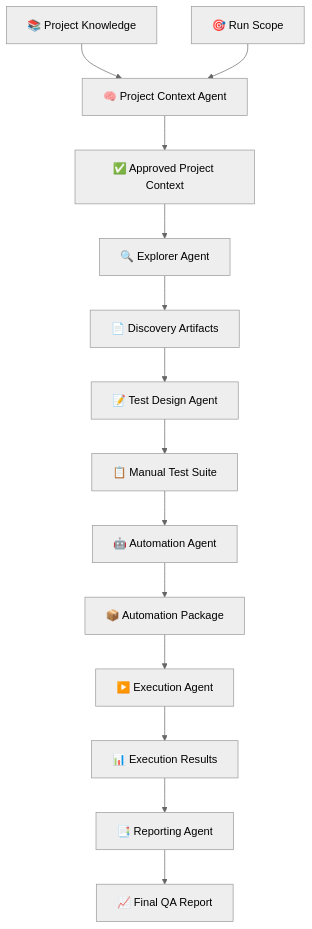
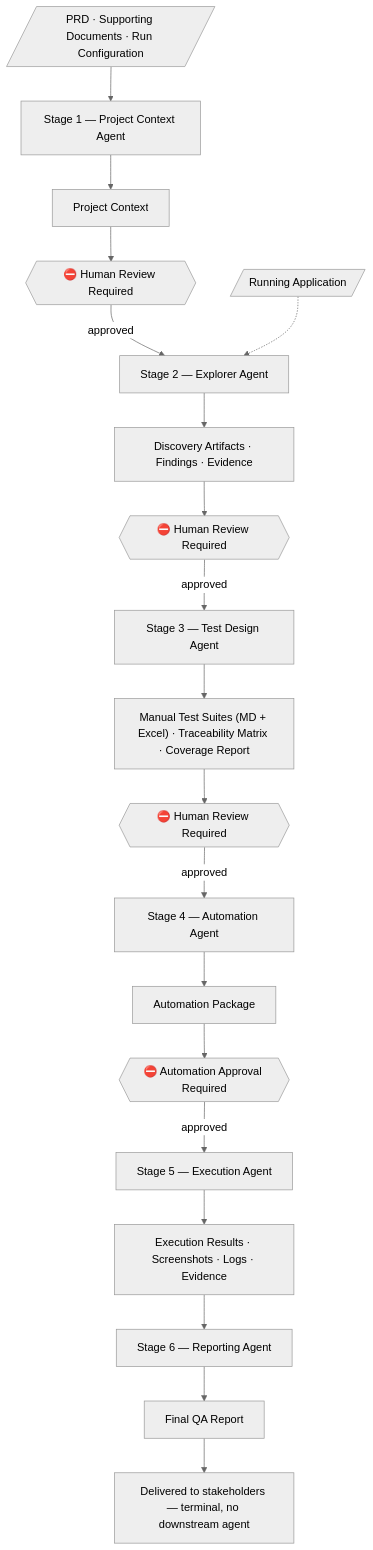
Before and after one commit to HusseinAtaHussein1/AISeatMap: the third of 10 diagrams in README.md, drawn with Mermaid (neutral theme). The commit also changed other lines of this file and 359 other files, not shown here.

Commit message:
refactor: restructure project architecture

````diff
--- a/README.md
+++ b/README.md
@@ -87,33 +250,27 @@
 ```mermaid
 flowchart TD
+    PRD[/"PRD · Supporting Documents · Run Configuration"/] --> S1
 
-    PK["📚 Project Knowledge"]
-    RS["🎯 Run Scope"]
+    S1["Stage 1 — Project Context Agent"] --> CTX["Project Context"]
+    CTX --> G1{{"⛔ Human Review Required"}}
+    G1 -->|approved| S2
 
-    PK --> PCA
-    RS --> PCA
+    APP[/"Running Application"/] -.-> S2
+    S2["Stage 2 — Explorer Agent"] --> DISC["Discovery Artifacts · Findings · Evidence"]
+    DISC --> G2{{"⛔ Human Review Required"}}
+    G2 -->|approved| S3
 
-    PCA["🧠 Project Context Agent"]
+    S3["Stage 3 — Test Design Agent"] --> TD["Manual Test Suites (MD + Excel) · Traceability Matrix · Coverage Report"]
+    TD --> G3{{"⛔ Human Review Required"}}
+    G3 -->|approved| S4
 
-    PCA --> PC["✅ Approved Project Context"]
+    S4["Stage 4 — Automation Agent"] --> AUTO["Automation Package"]
+    AUTO --> G4{{"⛔ Automation Approval Required"}}
+    G4 -->|approved| S5
 
-    PC --> EXP["🔍 Explorer Agent"]
+    S5["Stage 5 — Execution Agent"] --> EXEC["Execution Results · Screenshots · Logs · Evidence"]
+    EXEC --> S6
 
-    EXP --> DISC["📄 Discovery Artifacts"]
-
-    DISC --> TD["📝 Test Design Agent"]
-
-    TD --> TESTS["📋 Manual Test Suite"]
-
-    TESTS --> AUTO["🤖 Automation Agent"]
-
-    AUTO --> PACKAGE["📦 Automation Package"]
-
-    PACKAGE --> EXEC["▶️ Execution Agent"]
-
-    EXEC --> RESULTS["📊 Execution Results"]
-
-    RESULTS --> REPORT["📑 Reporting Agent"]
-
-    REPORT --> FINAL["📈 Final QA Report"]
+    S6["Stage 6 — Reporting Agent"] --> REPORT["Final QA Report"]
+    REPORT --> DONE["Delivered to stakeholders — terminal, no downstream agent"]
 ```
````
